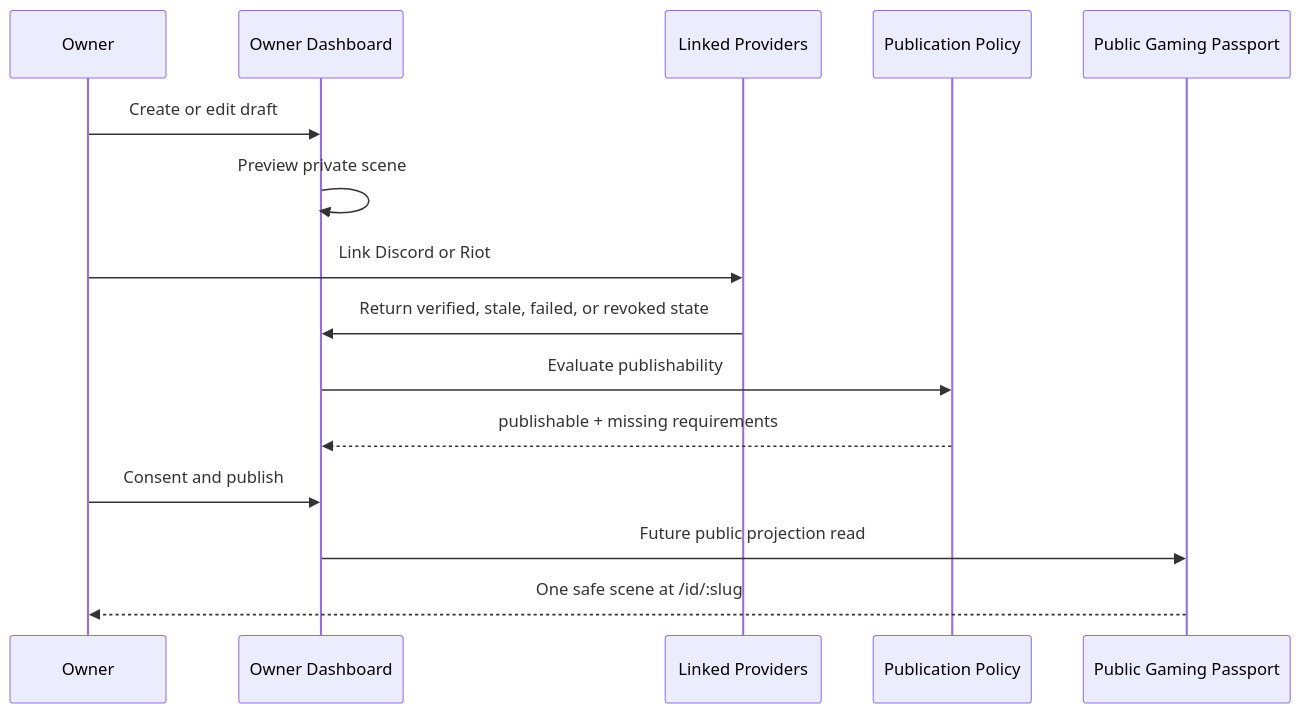
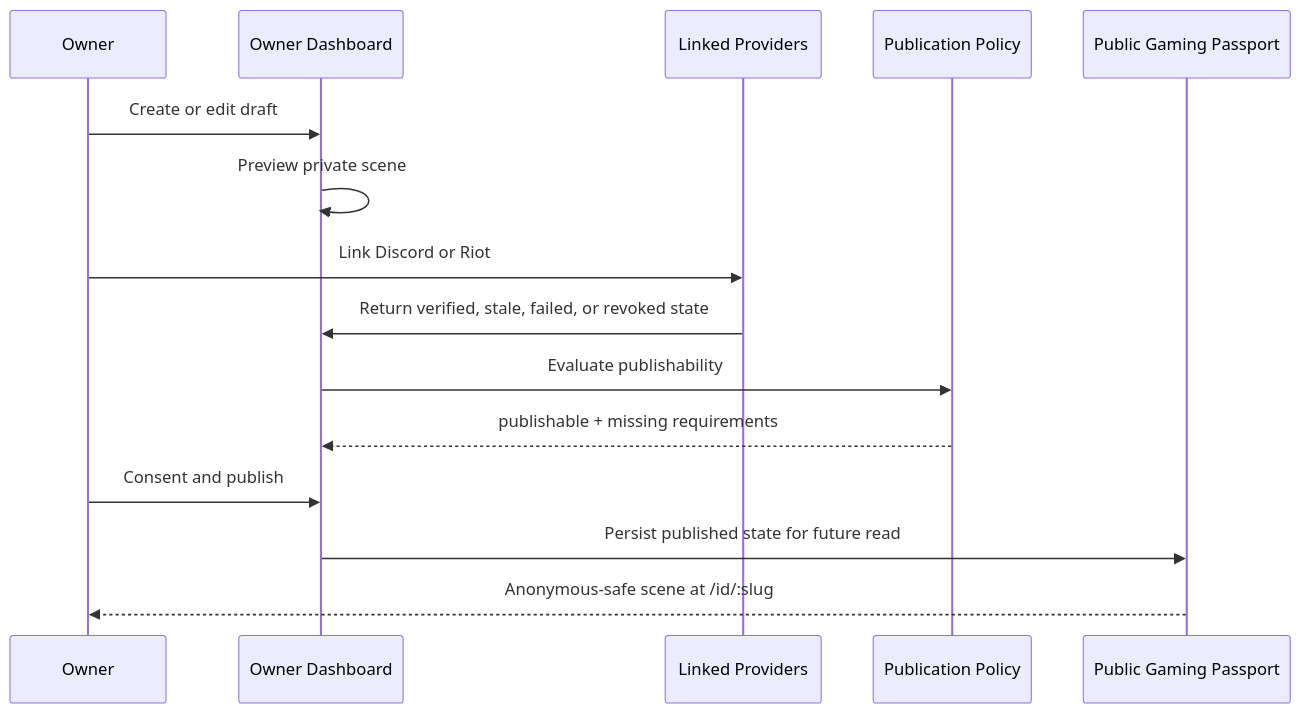
One commit to manzur316/TryhardNames changed the diagram in docs/product/GAMING_PASSPORT_UI_CONTRACT.md. Above: the diagram before and after it, drawn with Mermaid. The commit also changed other lines of this file and 7 other files, not shown here.

````diff
--- a/docs/product/GAMING_PASSPORT_UI_CONTRACT.md
+++ b/docs/product/GAMING_PASSPORT_UI_CONTRACT.md
@@ -93,18 +99,18 @@
 ```mermaid
 sequenceDiagram
   participant Owner
   participant Dashboard as Owner Dashboard
   participant Providers as Linked Providers
   participant Policy as Publication Policy
   participant Public as Public Gaming Passport
 
   Owner->>Dashboard: Create or edit draft
   Dashboard->>Dashboard: Preview private scene
   Owner->>Providers: Link Discord or Riot
   Providers->>Dashboard: Return verified, stale, failed, or revoked state
   Dashboard->>Policy: Evaluate publishability
   Policy-->>Dashboard: publishable + missing requirements
   Owner->>Dashboard: Consent and publish
-  Dashboard->>Public: Future public projection read
-  Public-->>Owner: One safe scene at /id/:slug
+  Dashboard->>Public: Persist published state for future read
+  Public-->>Owner: Anonymous-safe scene at /id/:slug
 ```
````
